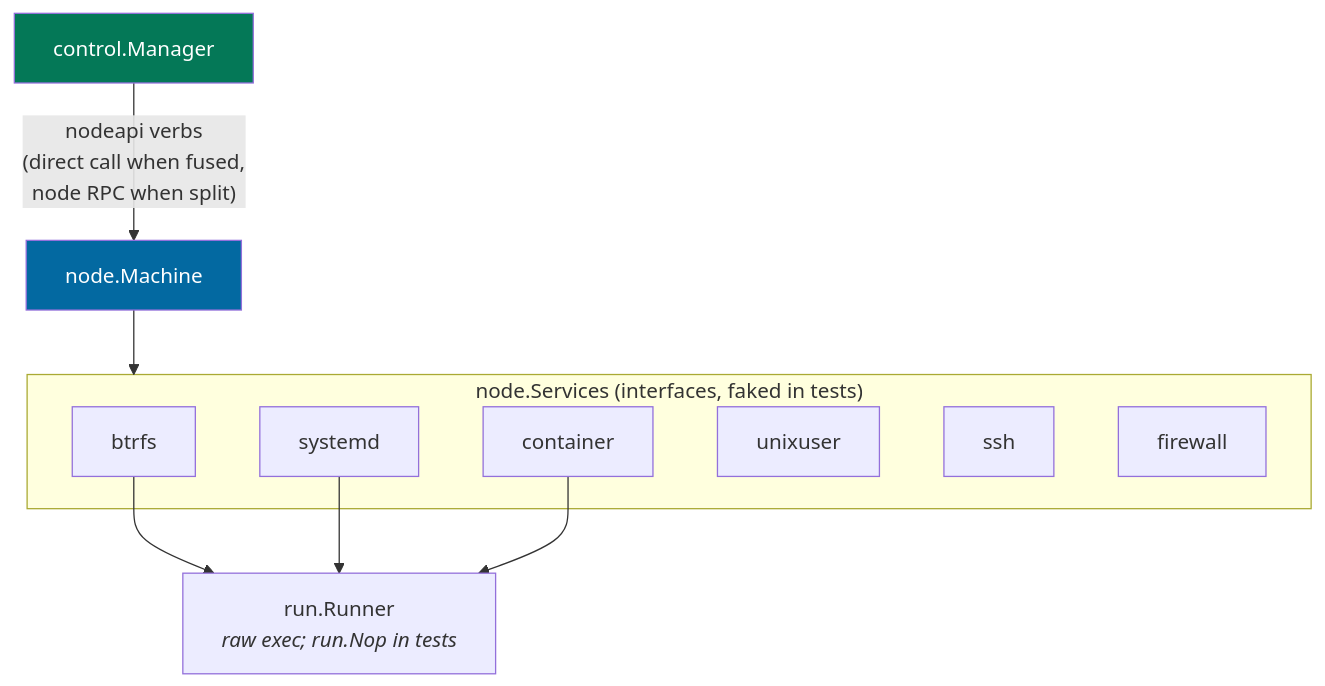
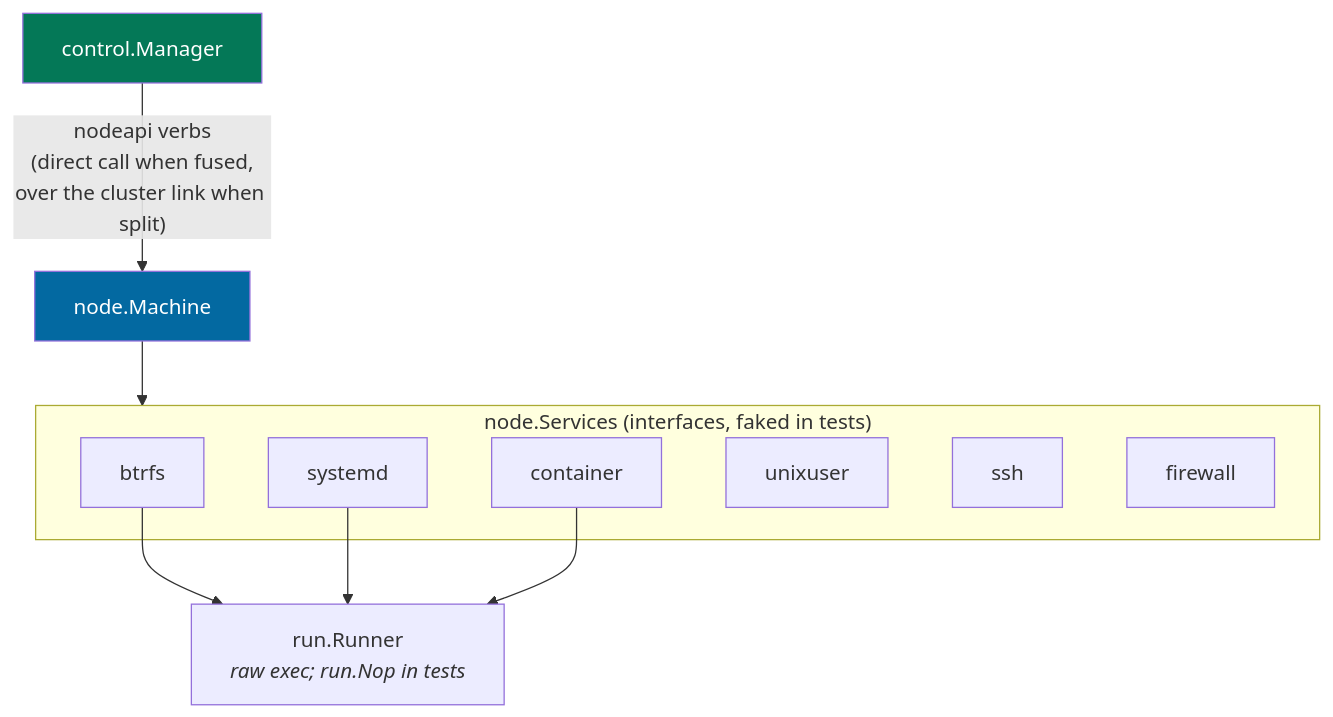
One commit to binwiederhier/hostit changed the diagram in docs/architecture/code-map.md. Above: the diagram before and after it, drawn with Mermaid. The commit also changed other lines of this file and 1 other file, not shown here.

First line of the commit message:
docs: cover the proxy's half of the cluster link

````diff
--- a/docs/architecture/code-map.md
+++ b/docs/architecture/code-map.md
@@ -43,21 +48,21 @@
 ```mermaid
 flowchart TB
     mgr["control.Manager"]
     machine["node.Machine"]
     subgraph svc["node.Services (interfaces, faked in tests)"]
         btrfs
         systemd
         container
         unixuser
         sshp["ssh"]
         firewall
     end
     runner["run.Runner<br/><i>raw exec; run.Nop in tests</i>"]
-    mgr -->|"nodeapi verbs<br/>(direct call when fused,<br/>node RPC when split)"| machine
+    mgr -->|"nodeapi verbs<br/>(direct call when fused,<br/>over the cluster link when split)"| machine
     machine --> svc
     btrfs --> runner
     systemd --> runner
     container --> runner
     style mgr fill:#047857,color:#fff
     style machine fill:#0369a1,color:#fff
 ```
````
